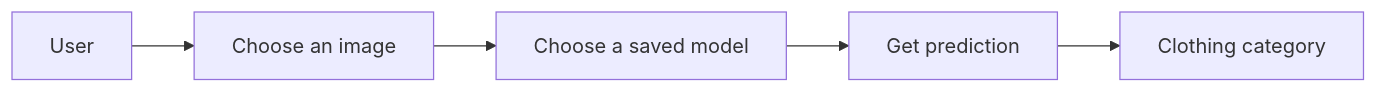
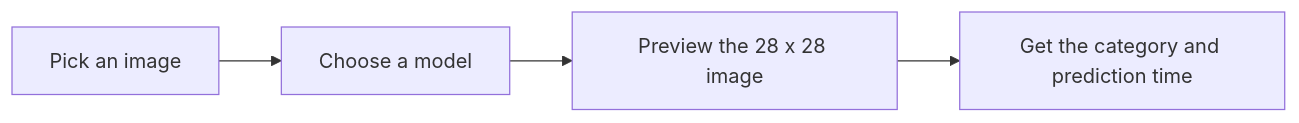
The diagram in reports/presentation/prediction_flow.mmd (aryankinha/inventory-image-tagging), drawn with Mermaid before and after one commit. The commit also changed 8 other files, not shown here.

Commit message:
refactor: update presentation slides, diagrams, and build documentation

```diff
--- a/reports/presentation/prediction_flow.mmd
+++ b/reports/presentation/prediction_flow.mmd
@@ -1,5 +1,4 @@
 flowchart LR
-    user[User] --> image[Choose an image]
-    image --> model[Choose a saved model]
-    model --> predict[Get prediction]
-    predict --> category[Clothing category]
+    image[Pick an image] --> model[Choose a model]
+    model --> preview[Preview the 28 x 28 image]
+    preview --> prediction[Get the category and prediction time]
```
